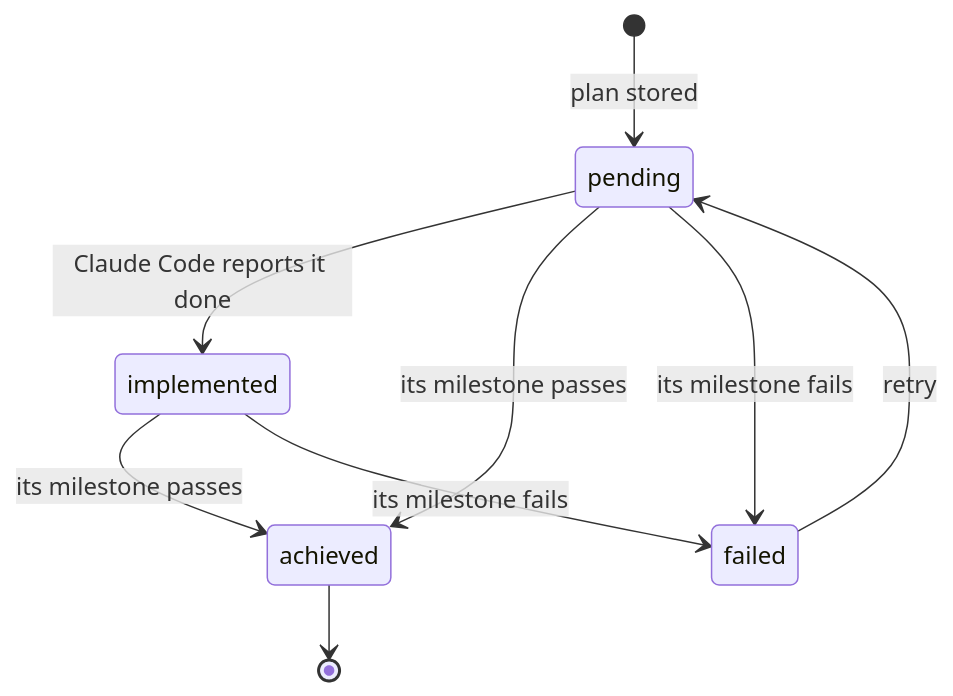
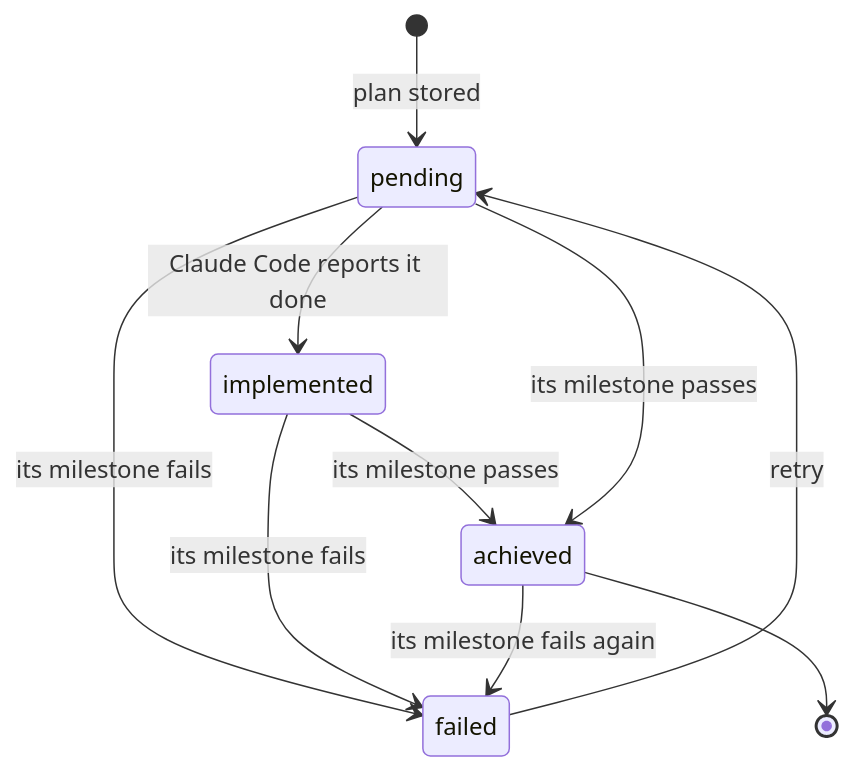
The fourth of 6 diagrams in docs/how-it-works/statuses.md (youssef7ussien/claude-devloops), drawn with Mermaid before and after one commit. The commit also changed other lines of this file and 64 other files, not shown here.

````diff
--- a/docs/how-it-works/statuses.md
+++ b/docs/how-it-works/statuses.md
@@ -146,11 +156,12 @@
 ```mermaid
 stateDiagram-v2
   [*] --> pending: plan stored
   pending --> implemented: Claude Code reports it done
   implemented --> achieved: its milestone passes
   pending --> achieved: its milestone passes
   pending --> failed: its milestone fails
   implemented --> failed: its milestone fails
+  achieved --> failed: its milestone fails again
   failed --> pending: retry
   achieved --> [*]
 ```
````
